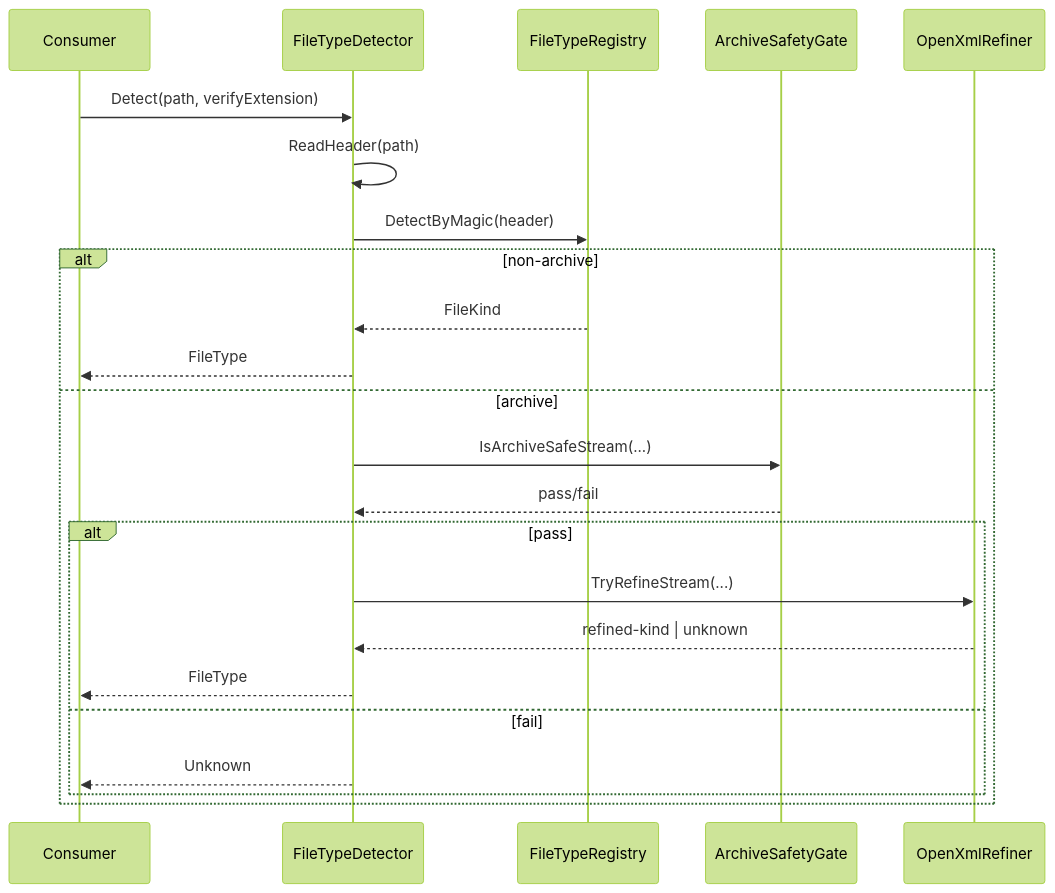
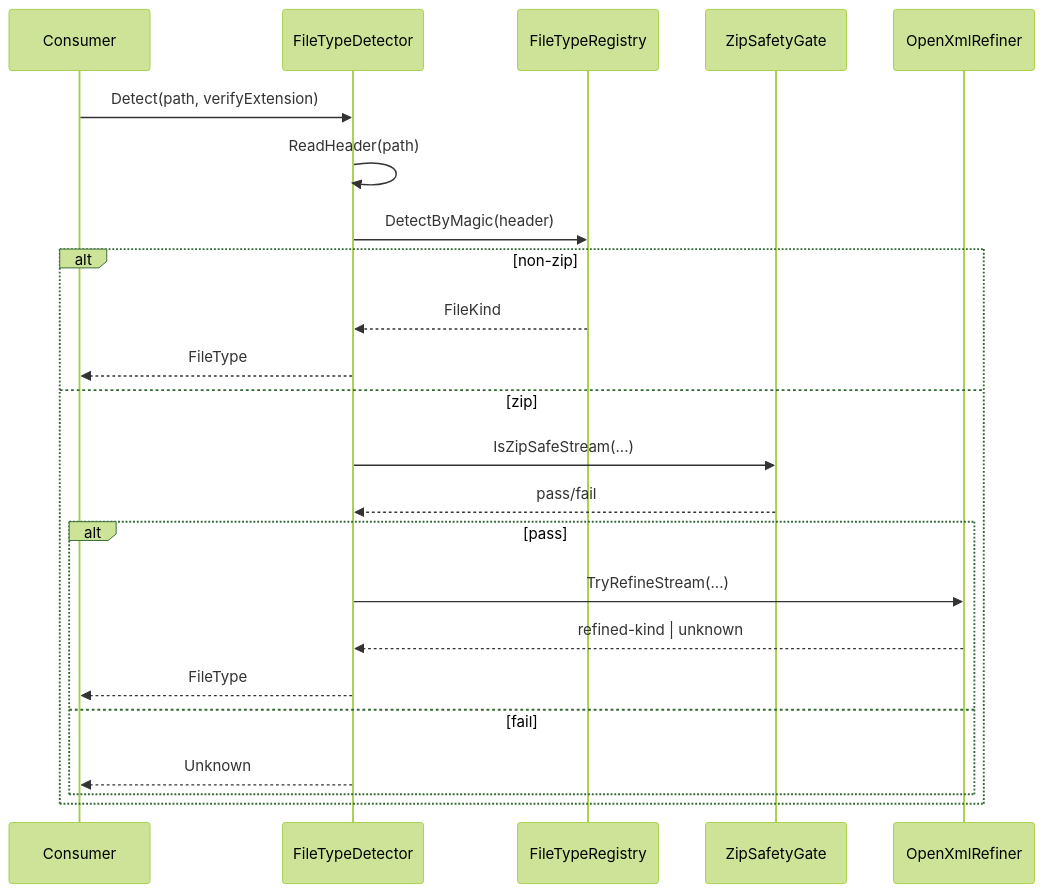
The fifth of 9 diagrams in docs/02_ARCHITECTURE_AND_FLOWS.md (tomtastisch/FileClassifier), drawn with Mermaid (forest theme) before and after one commit. The commit also changed other lines of this file and 80 other files, not shown here.

````diff
--- a/docs/02_ARCHITECTURE_AND_FLOWS.md
+++ b/docs/02_ARCHITECTURE_AND_FLOWS.md
@@ -207,28 +203,28 @@
 ```mermaid
 sequenceDiagram
   participant Caller as Consumer
   participant API as FileTypeDetector
   participant REG as FileTypeRegistry
-  participant GATE as ArchiveSafetyGate
+  participant GATE as ZipSafetyGate
   participant REF as OpenXmlRefiner
 
   Caller->>API: Detect(path, verifyExtension)
   API->>API: ReadHeader(path)
   API->>REG: DetectByMagic(header)
 
-  alt non-archive
+  alt non-zip
     REG-->>API: FileKind
     API-->>Caller: FileType
-  else archive
-    API->>GATE: IsArchiveSafeStream(...)
+  else zip
+    API->>GATE: IsZipSafeStream(...)
     GATE-->>API: pass/fail
 
     alt pass
       API->>REF: TryRefineStream(...)
       REF-->>API: refined-kind | unknown
       API-->>Caller: FileType
     else fail
       API-->>Caller: Unknown
     end
   end
 ```
````
